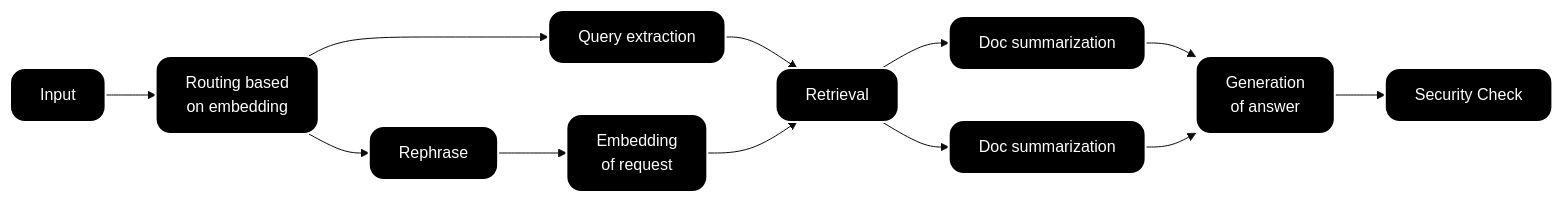
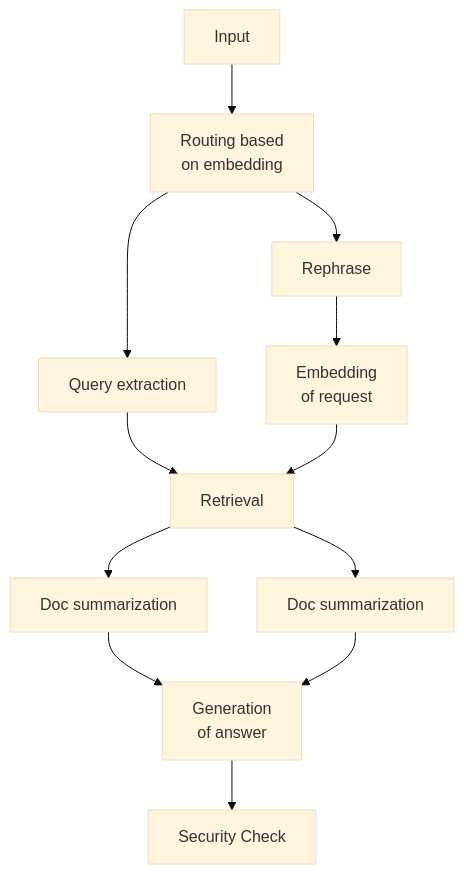
Before and after one commit to langfuse/langfuse-docs: the first of 2 diagrams in pages/academy/04-evaluation.mdx, drawn with Mermaid (base theme). The commit also changed other lines of this file and 8 other files, not shown here.

````diff
--- a/pages/academy/04-evaluation.mdx
+++ b/pages/academy/04-evaluation.mdx
@@ -27,17 +29,14 @@
 ```mermaid
-graph LR
+graph TD
   Input --> A["Routing based<br/>on embedding"]
   A --> B["Query extraction"]
   A --> C["Rephrase"]
   C --> D["Embedding<br/>of request"]
   B --> E["Retrieval"]
   D --> E
   E --> F1["Doc summarization"]
   E --> F2["Doc summarization"]
   F1 --> G["Generation<br/>of answer"]
   F2 --> G
   G --> H["Security Check"]
-
-  classDef boxes fill:#000,color:#fff,stroke:#fff,stroke-width:2px,rx:15px,ry:15px
-  class Input,A,B,C,D,E,F1,F2,G,H boxes
 ```
````
